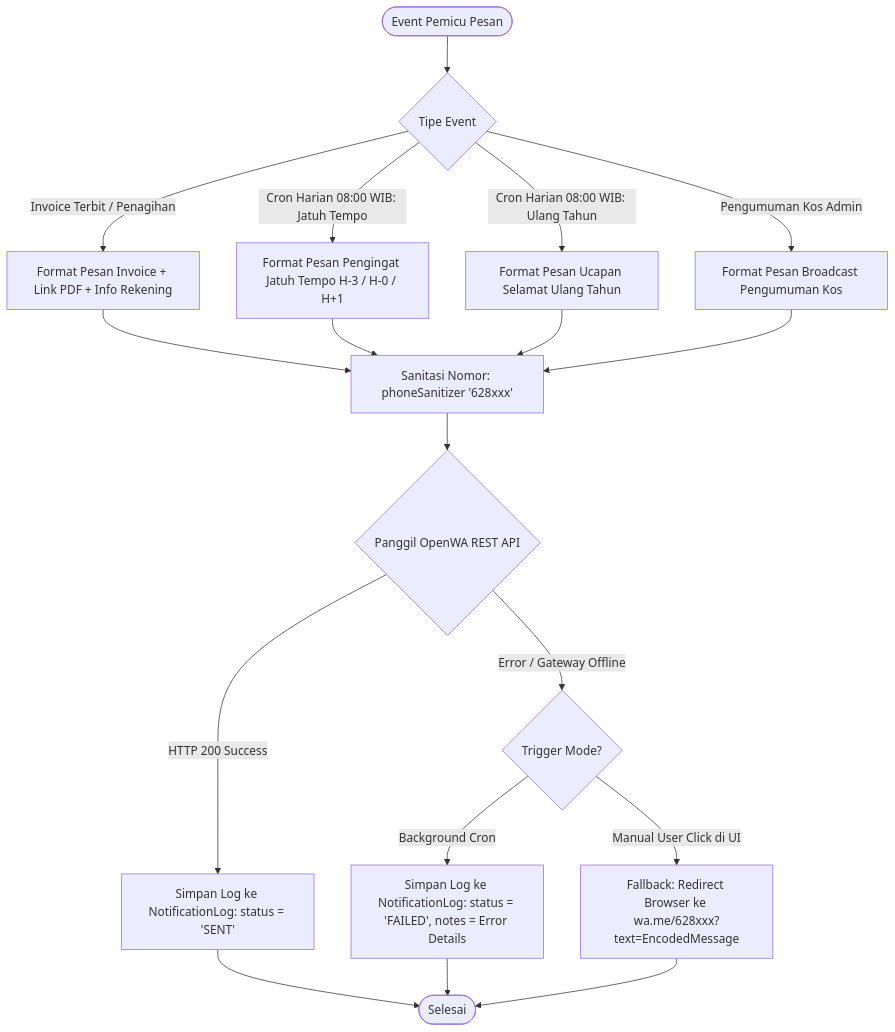
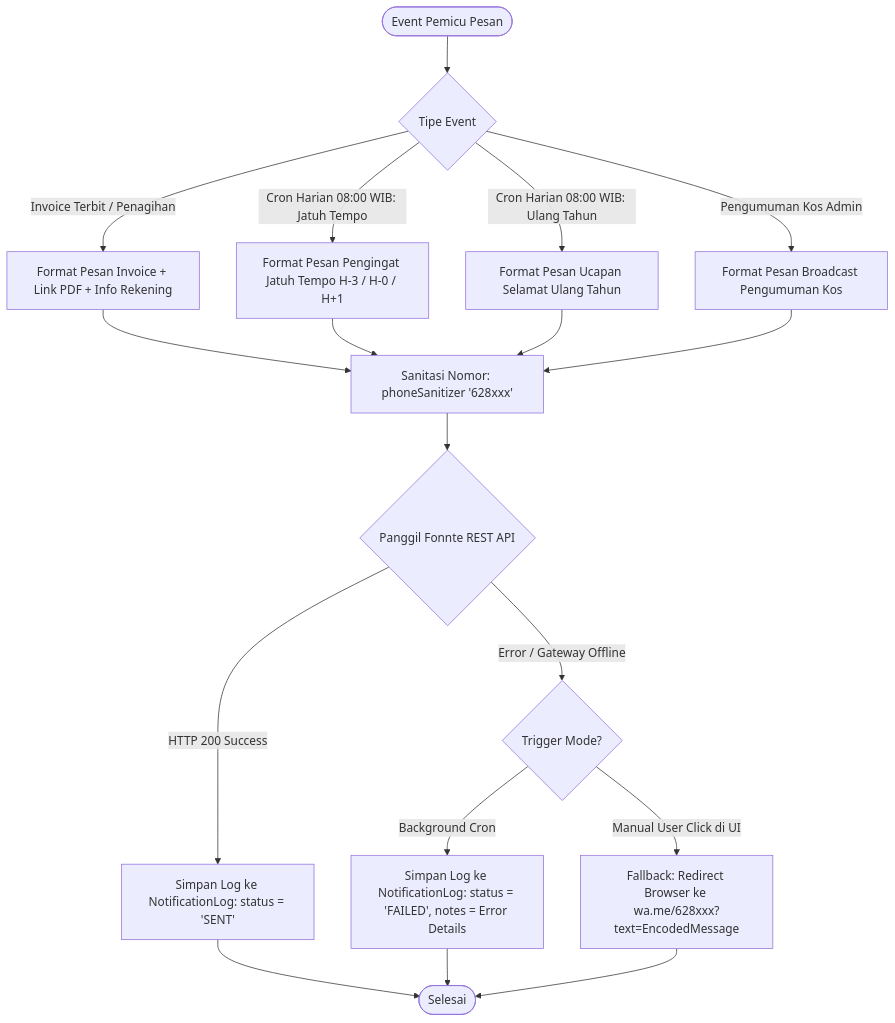
One commit to KyyTzy09/HomeeKost changed the third of 6 diagrams in docs/ARCHITECTURE.md. Above: the diagram before and after it, drawn with Mermaid. The commit also changed other lines of this file and 6 other files, not shown here.

First line of the commit message:
feat: Update HomeeKost Implementation Master Plan and Database Schema

````diff
--- a/docs/ARCHITECTURE.md
+++ b/docs/ARCHITECTURE.md
@@ -549,26 +549,26 @@
 ```mermaid
 flowchart TD
     Start([Event Pemicu Pesan]) --> RouteCheck{Tipe Event}
     
     RouteCheck -->|Invoice Terbit / Penagihan| MsgInvoice[Format Pesan Invoice + Link PDF + Info Rekening]
     RouteCheck -->|Cron Harian 08:00 WIB: Jatuh Tempo| MsgDueDate[Format Pesan Pengingat Jatuh Tempo H-3 / H-0 / H+1]
     RouteCheck -->|Cron Harian 08:00 WIB: Ulang Tahun| MsgBday[Format Pesan Ucapan Selamat Ulang Tahun]
     RouteCheck -->|Pengumuman Kos Admin| MsgAnnounce[Format Pesan Broadcast Pengumuman Kos]
 
     MsgInvoice --> Sanitize[Sanitasi Nomor: phoneSanitizer '628xxx']
     MsgDueDate --> Sanitize
     MsgBday --> Sanitize
     MsgAnnounce --> Sanitize
 
-    Sanitize --> DispatchOpenWA{Panggil OpenWA REST API}
+    Sanitize --> DispatchFonnte{Panggil Fonnte REST API}
     
-    DispatchOpenWA -->|HTTP 200 Success| LogSuccess[Simpan Log ke NotificationLog: status = 'SENT']
-    DispatchOpenWA -->|Error / Gateway Offline| CheckMode{Trigger Mode?}
+    DispatchFonnte -->|HTTP 200 Success| LogSuccess[Simpan Log ke NotificationLog: status = 'SENT']
+    DispatchFonnte -->|Error / Gateway Offline| CheckMode{Trigger Mode?}
     
     CheckMode -->|Background Cron| LogFailed[Simpan Log ke NotificationLog: status = 'FAILED', notes = Error Details]
     CheckMode -->|Manual User Click di UI| FallbackWaMe[Fallback: Redirect Browser ke wa.me/628xxx?text=EncodedMessage]
     
     LogSuccess --> Done([Selesai])
     LogFailed --> Done
     FallbackWaMe --> Done
 ```
````
